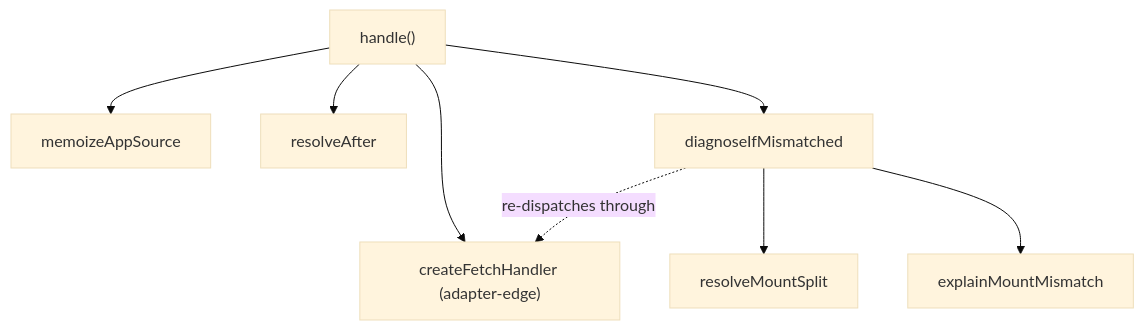
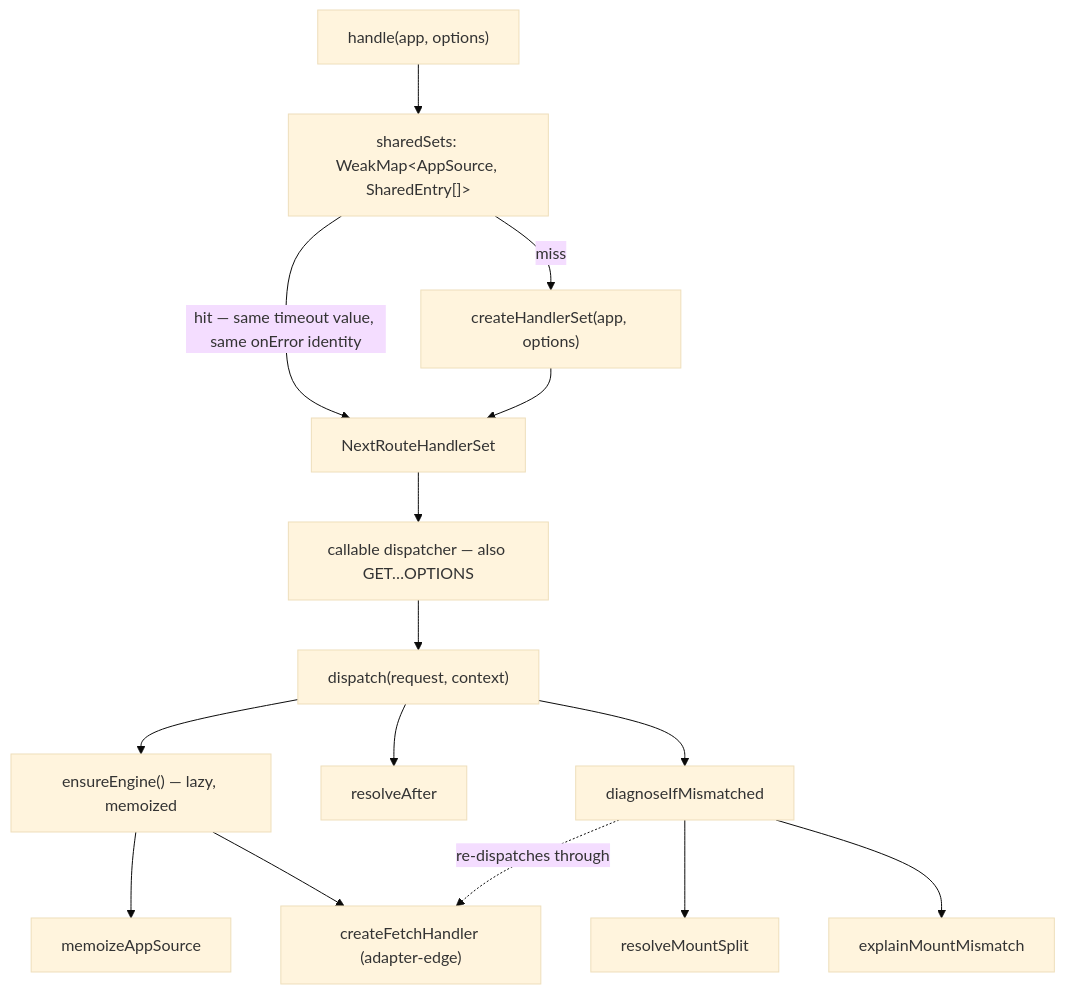
One commit to 0xTanzim/nextRush changed the second of 3 diagrams in packages/adapters/nextjs/ARCHITECTURE.md. Above: the diagram before and after it, drawn with Mermaid (base theme). The commit also changed other lines of this file and 1 other file, not shown here.

First line of the commit message:
docs(nextjs): document the callable handler set and shared engine

````diff
--- a/packages/adapters/nextjs/ARCHITECTURE.md
+++ b/packages/adapters/nextjs/ARCHITECTURE.md
@@ -116,10 +128,17 @@
 ```mermaid
 graph TD
-    handle["handle()"] --> memoizeAppSource
-    handle --> resolveAfter
-    handle --> createFetchHandler["createFetchHandler (adapter-edge)"]
-    handle --> diagnoseIfMismatched
+    handle["handle(app, options)"] --> cache["sharedSets: WeakMap&lt;AppSource, SharedEntry[]&gt;"]
+    cache -- "hit — same timeout value, same onError identity" --> set["NextRouteHandlerSet"]
+    cache -- "miss" --> createHandlerSet["createHandlerSet(app, options)"]
+    createHandlerSet --> set
+    set --> dispatcher["callable dispatcher — also GET…OPTIONS"]
+    dispatcher --> dispatch["dispatch(request, context)"]
+    dispatch --> ensureEngine["ensureEngine() — lazy, memoized"]
+    ensureEngine --> memoizeAppSource
+    ensureEngine --> createFetchHandler["createFetchHandler (adapter-edge)"]
+    dispatch --> resolveAfter
+    dispatch --> diagnoseIfMismatched
     diagnoseIfMismatched --> resolveMountSplit
     diagnoseIfMismatched --> explainMountMismatch
-    diagnoseIfMismatched -.re-dispatches through.-> createFetchHandler
+    diagnoseIfMismatched -. re-dispatches through .-> createFetchHandler
 ```
````
